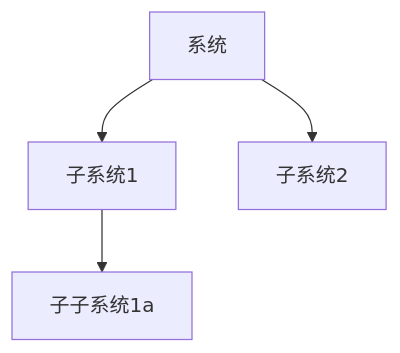
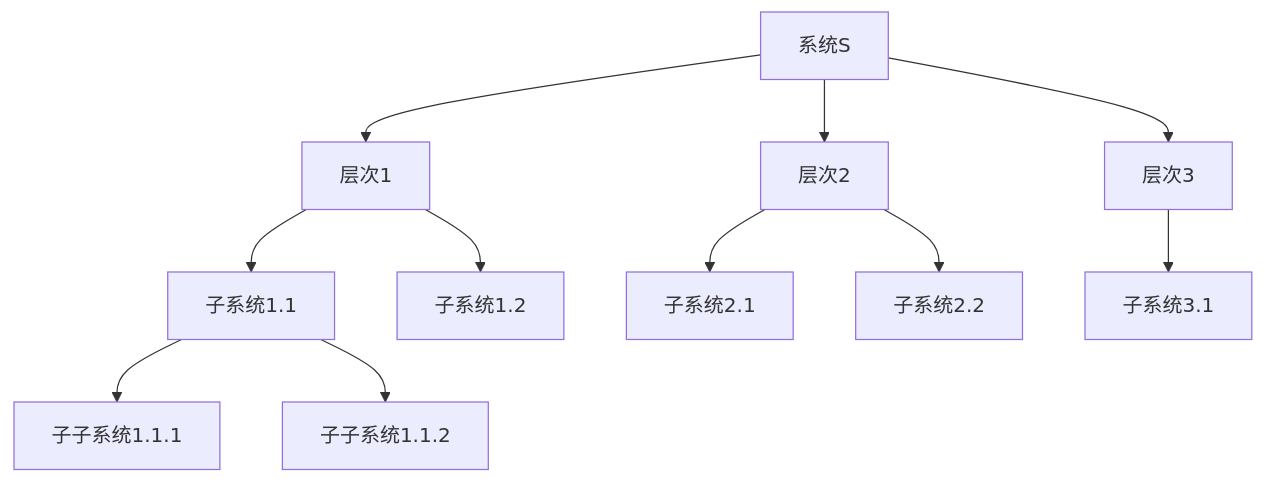
One commit to AdaMartin18010/SystemOSIOT changed the first of 6 diagrams in 1.系统理论/1.3 形式化结构/1.3.2 结构模型.md. Above: the diagram before and after it, drawn with Mermaid. The commit also changed other lines of this file and 80 other files, not shown here.

````diff
--- a/1.系统理论/1.3 形式化结构/1.3.2 结构模型.md
+++ b/1.系统理论/1.3 形式化结构/1.3.2 结构模型.md
@@ -36,6 +40,13 @@
 ```mermaid
 graph TD;
-  S[系统] --> S1[子系统1];
-  S --> S2[子系统2];
-  S1 --> S1a[子子系统1a];
+  S[系统S] --> L1[层次1];
+  S --> L2[层次2];
+  S --> L3[层次3];
+  L1 --> S11[子系统1.1];
+  L1 --> S12[子系统1.2];
+  L2 --> S21[子系统2.1];
+  L2 --> S22[子系统2.2];
+  L3 --> S31[子系统3.1];
+  S11 --> S111[子子系统1.1.1];
+  S11 --> S112[子子系统1.1.2];
 ```
````
